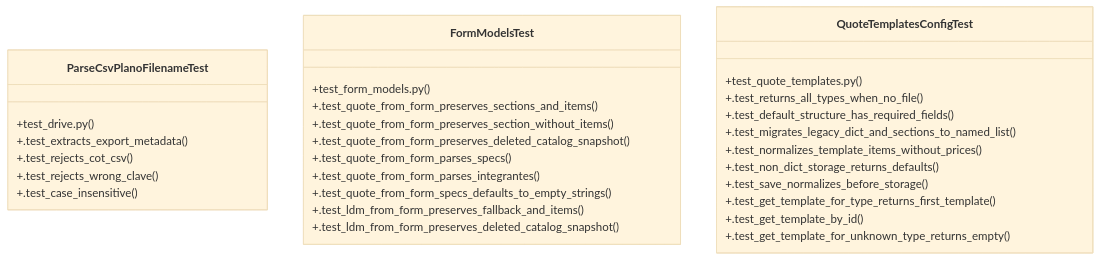
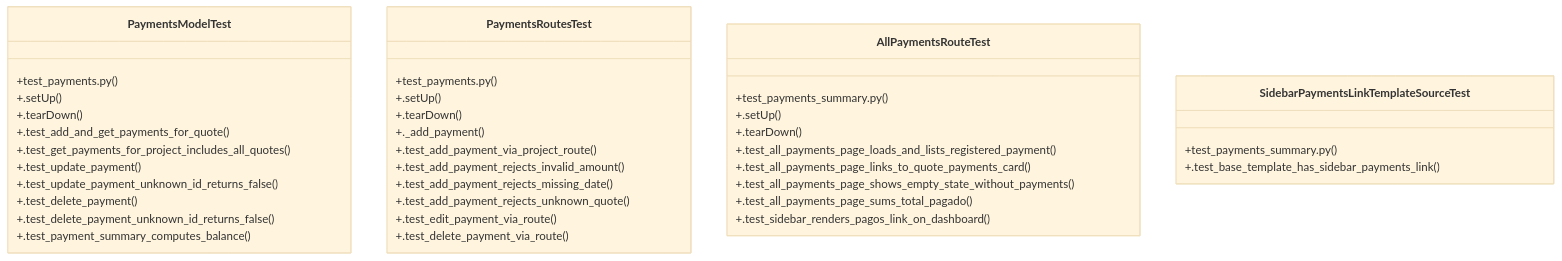
Before and after one commit to Daftrick/ProjectTracker: the diagram in graphify-out/wiki/Community_9.md, drawn with Mermaid (base theme). The commit also changed other lines of this file and 471 other files, not shown here.

````diff
--- a/graphify-out/wiki/Community_9.md
+++ b/graphify-out/wiki/Community_9.md
@@ -36,33 +36,41 @@
 ```mermaid
 classDiagram
-    class ParseCsvPlanoFilenameTest {
-        +test_drive.py()
-        +.test_extracts_export_metadata()
-        +.test_rejects_cot_csv()
-        +.test_rejects_wrong_clave()
-        +.test_case_insensitive()
+    class PaymentsModelTest {
+        +test_payments.py()
+        +.setUp()
+        +.tearDown()
+        +.test_add_and_get_payments_for_quote()
+        +.test_get_payments_for_project_includes_all_quotes()
+        +.test_update_payment()
+        +.test_update_payment_unknown_id_returns_false()
+        +.test_delete_payment()
+        +.test_delete_payment_unknown_id_returns_false()
+        +.test_payment_summary_computes_balance()
     }
-    class FormModelsTest {
-        +test_form_models.py()
-        +.test_quote_from_form_preserves_sections_and_items()
-        +.test_quote_from_form_preserves_section_without_items()
-        +.test_quote_from_form_preserves_deleted_catalog_snapshot()
-        +.test_quote_from_form_parses_specs()
-        +.test_quote_from_form_parses_integrantes()
-        +.test_quote_from_form_specs_defaults_to_empty_strings()
-        +.test_ldm_from_form_preserves_fallback_and_items()
-        +.test_ldm_from_form_preserves_deleted_catalog_snapshot()
+    class PaymentsRoutesTest {
+        +test_payments.py()
+        +.setUp()
+        +.tearDown()
+        +._add_payment()
+        +.test_add_payment_via_project_route()
+        +.test_add_payment_rejects_invalid_amount()
+        +.test_add_payment_rejects_missing_date()
+        +.test_add_payment_rejects_unknown_quote()
+        +.test_edit_payment_via_route()
+        +.test_delete_payment_via_route()
     }
-    class QuoteTemplatesConfigTest {
-        +test_quote_templates.py()
-        +.test_returns_all_types_when_no_file()
-        +.test_default_structure_has_required_fields()
-        +.test_migrates_legacy_dict_and_sections_to_named_list()
-        +.test_normalizes_template_items_without_prices()
-        +.test_non_dict_storage_returns_defaults()
-        +.test_save_normalizes_before_storage()
-        +.test_get_template_for_type_returns_first_template()
-        +.test_get_template_by_id()
-        +.test_get_template_for_unknown_type_returns_empty()
+    class AllPaymentsRouteTest {
+        +test_payments_summary.py()
+        +.setUp()
+        +.tearDown()
+        +.test_all_payments_page_loads_and_lists_registered_payment()
+        +.test_all_payments_page_links_to_quote_payments_card()
+        +.test_all_payments_page_shows_empty_state_without_payments()
+        +.test_all_payments_page_sums_total_pagado()
+        +.test_sidebar_renders_pagos_link_on_dashboard()
+    }
+    class SidebarPaymentsLinkTemplateSourceTest {
+        +test_payments_summary.py()
+        +.test_base_template_has_sidebar_payments_link()
     }
 ```
````
